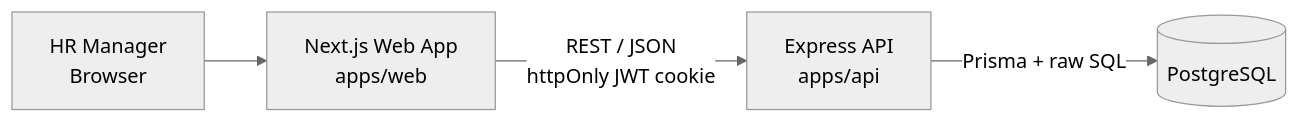
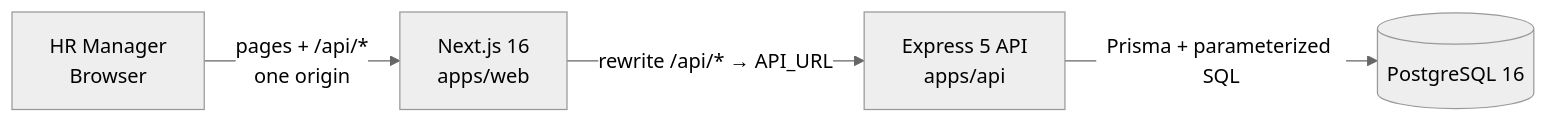
The first of 2 diagrams in docs/Architecture.md (Bandan660/salary-management), drawn with Mermaid (neutral theme) before and after one commit. The commit also changed other lines of this file and 4 other files, not shown here.

First line of the commit message:
docs: add README and update architecture and AI usage log to match the build

````diff
--- a/docs/Architecture.md
+++ b/docs/Architecture.md
@@ -5,6 +5,6 @@
 ```mermaid
 flowchart LR
-  U[HR Manager<br/>Browser] --> W[Next.js Web App<br/>apps/web]
-  W -->|REST / JSON<br/>httpOnly JWT cookie| A[Express API<br/>apps/api]
-  A -->|Prisma + raw SQL| D[(PostgreSQL)]
+  U[HR Manager<br/>Browser] -->|pages + /api/*<br/>one origin| W[Next.js 16<br/>apps/web]
+  W -->|rewrite /api/* → API_URL| A[Express 5 API<br/>apps/api]
+  A -->|Prisma + parameterized SQL| D[(PostgreSQL 16)]
 ```
````
